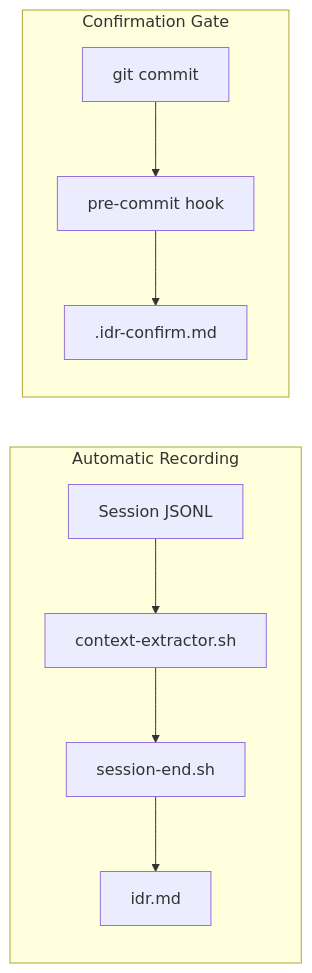
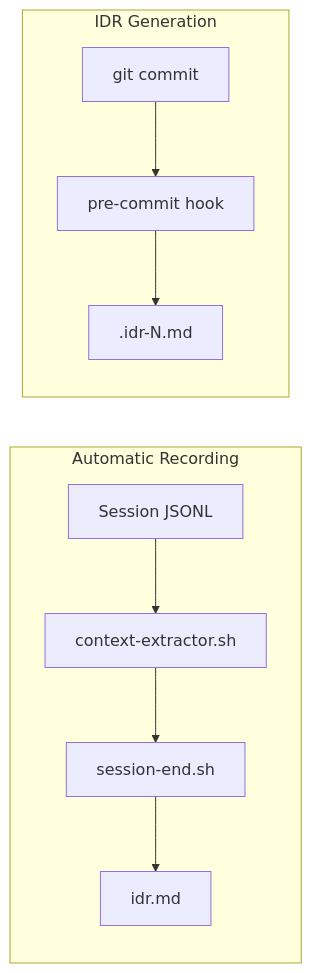
Before and after one commit to thkt/dotclaude: the diagram in rules/workflows/IDR_GENERATION.md, drawn with Mermaid. The commit also changed other lines of this file and 21 other files, not shown here.

````diff
--- a/rules/workflows/IDR_GENERATION.md
+++ b/rules/workflows/IDR_GENERATION.md
@@ -50,13 +73,13 @@
 ```mermaid
 flowchart LR
     subgraph Auto["Automatic Recording"]
         J[Session JSONL] --> E[context-extractor.sh]
         E --> S[session-end.sh]
         S --> IDR[idr.md]
     end
 
-    subgraph Gate["Confirmation Gate"]
+    subgraph Gen["IDR Generation"]
         C[git commit] --> H[pre-commit hook]
-        H --> CF[.idr-confirm.md]
+        H --> CF[.idr-N.md]
     end
 ```
````
